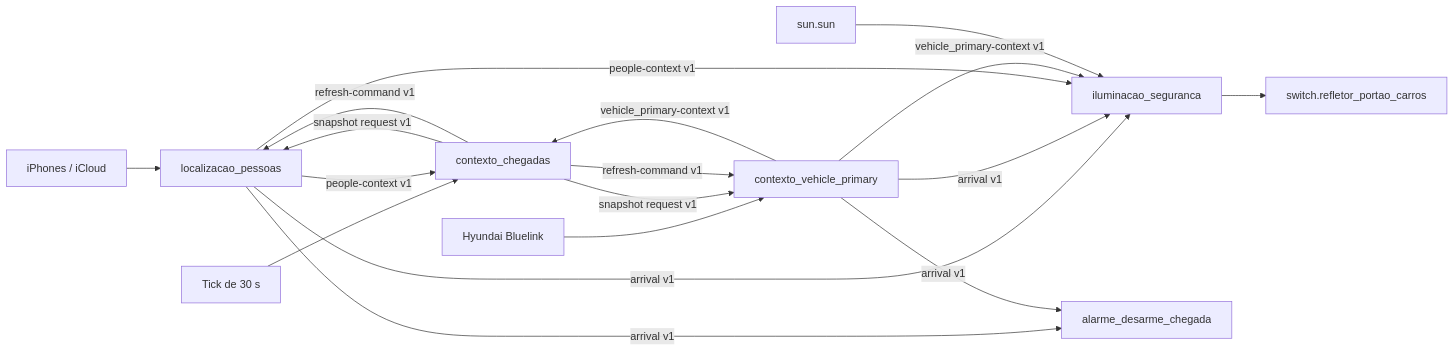
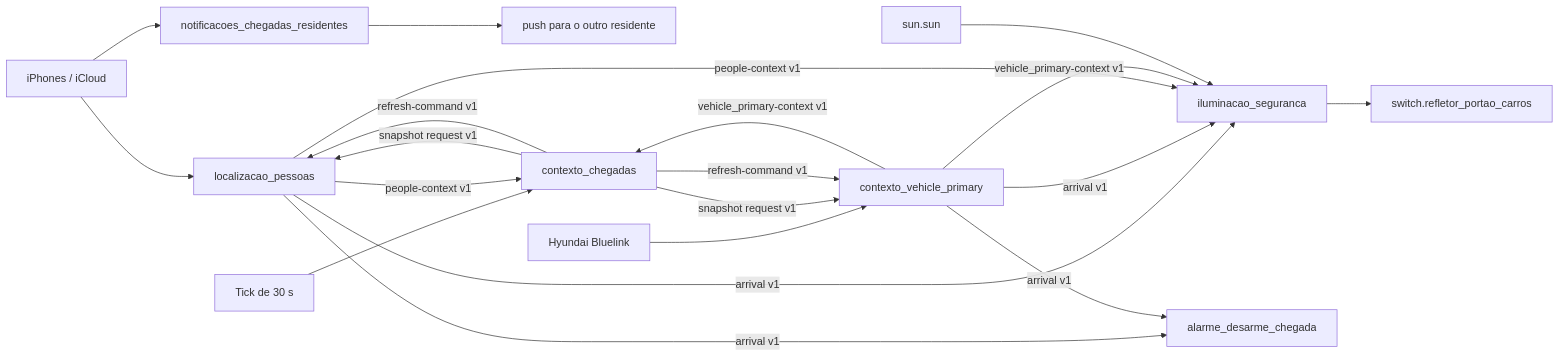
Before and after one commit to gabrafur/my_smart_home: the first of 2 diagrams in docs/ILUMINACAO_SEGURANCA_NODERED.md, drawn with Mermaid. The commit also changed other lines of this file and 34 other files, not shown here.

First line of the commit message:
fix(node-red): harden arrival flows and manual tests

````diff
--- a/docs/ILUMINACAO_SEGURANCA_NODERED.md
+++ b/docs/ILUMINACAO_SEGURANCA_NODERED.md
@@ -18,23 +19,25 @@
 ```mermaid
 flowchart LR
     IP[iPhones / iCloud] --> P[localizacao_pessoas]
+    IP --> N[notificacoes_chegadas_residentes]
+    N --> M[push para o outro residente]
     K[Hyundai Bluelink] --> C[contexto_vehicle_primary]
     T[Tick de 30 s] --> O[contexto_chegadas]
 
     O -->|snapshot request v1| P
     O -->|snapshot request v1| C
     P -->|people-context v1| O
     C -->|vehicle_primary-context v1| O
     O -->|refresh-command v1| P
     O -->|refresh-command v1| C
 
     P -->|arrival v1| L[iluminacao_seguranca]
     C -->|arrival v1| L
     P -->|people-context v1| L
     C -->|vehicle_primary-context v1| L
     S[sun.sun] --> L
     L --> R[switch.refletor_portao_carros]
 
     P -->|arrival v1| A[alarme_desarme_chegada]
     C -->|arrival v1| A
 ```
````
